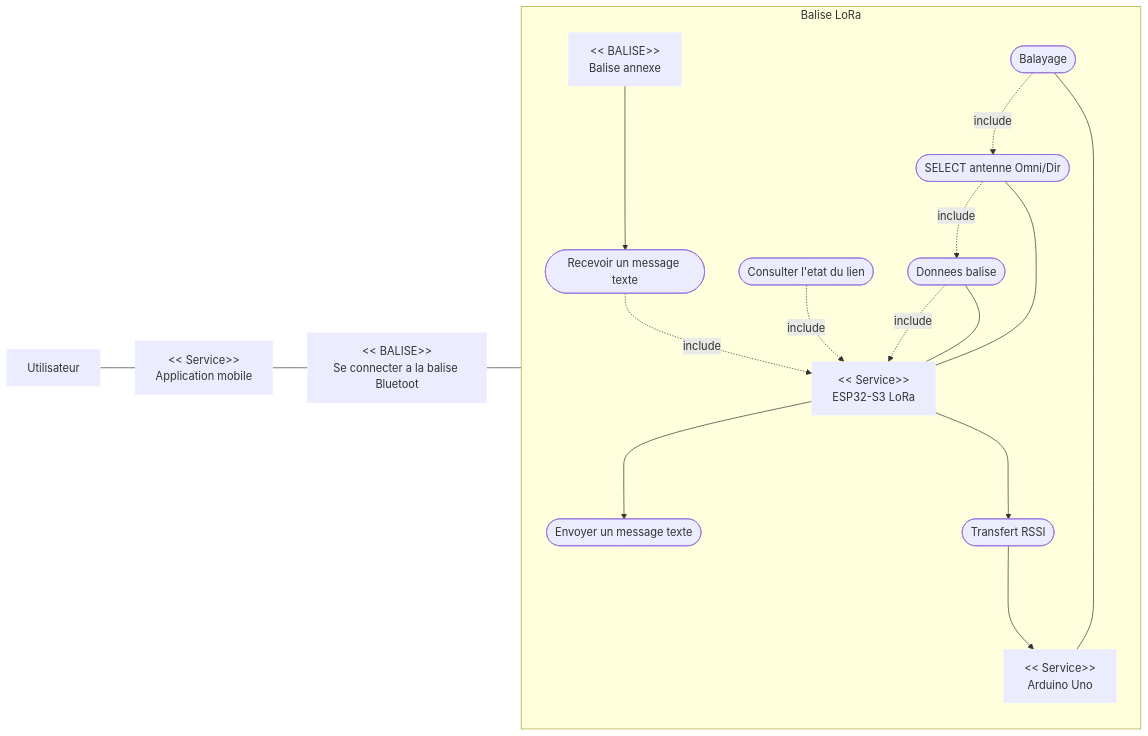
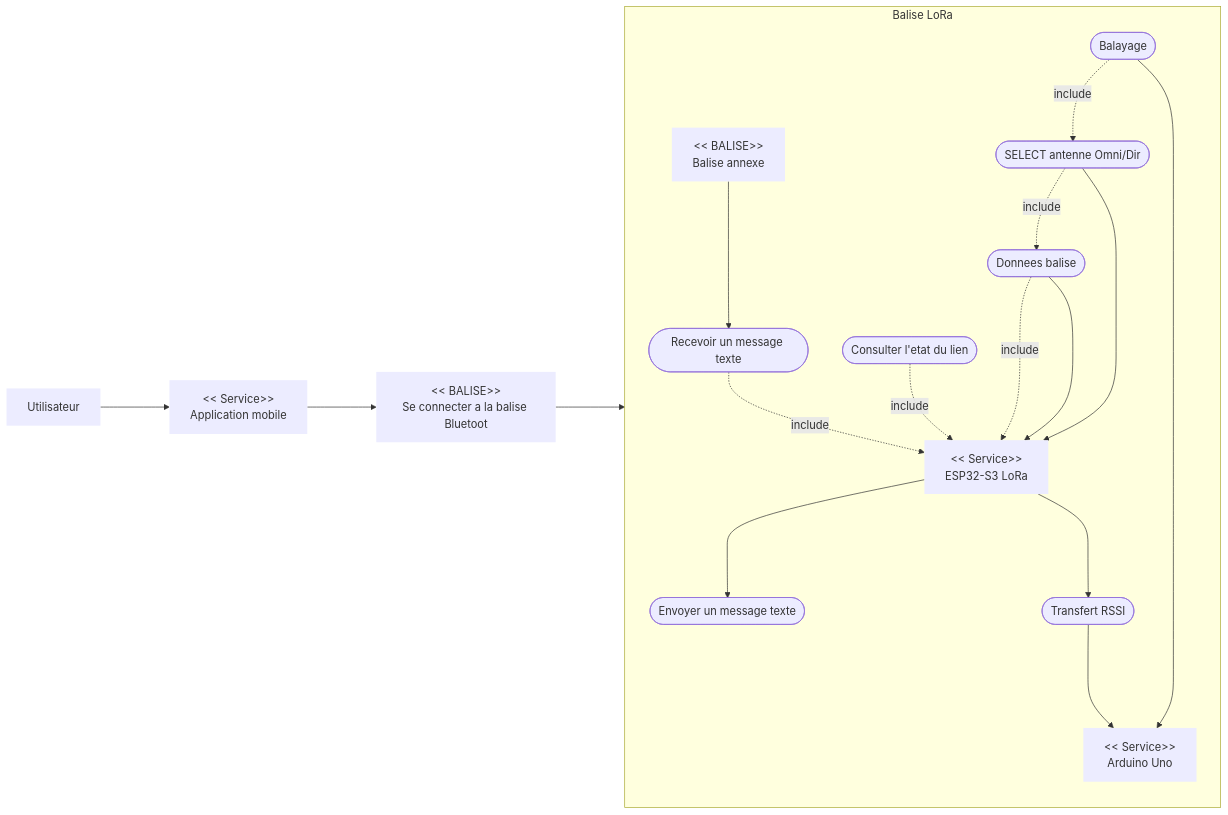
One commit to SHU445/Projet-LoRa-72h changed the first of 7 diagrams in Diagrammes_SysML_Projet_LoRa.md. Above: the diagram before and after it, drawn with Mermaid.

Commit message:
"CorrectUseCase_ADD_ARROWS"

````diff
--- a/Diagrammes_SysML_Projet_LoRa.md
+++ b/Diagrammes_SysML_Projet_LoRa.md
@@ -12,41 +12,41 @@
 ```mermaid
 flowchart LR
   rU["Utilisateur"]:::role
   rAPP["<< Service>>\nApplication mobile"]:::role
   rESP["<< Service>>\nESP32-S3 LoRa"]:::role
   rARD["<< Service>>\nArduino Uno"]:::role
   rCONN["<< BALISE>>\nSe connecter a la balise Bluetoot"]:::role
 
   rOTB["<< BALISE>>\nBalise annexe"]:::role
 
   subgraph S["Balise LoRa"]
     direction TB
     ucSend([Envoyer un message texte])
     ucReceive([Recevoir un message texte])
     ucStatus([Consulter l'etat du lien])
     ucData([Donnees balise])
     ucSelectAntenna([SELECT antenne Omni/Dir])
     ucScan([Balayage])
     ucRssi([Transfert RSSI])
 
     rESP ---> ucSend
     ucReceive -. include .-> rESP
     ucStatus -. include .-> rESP
     ucData -. include .-> rESP
     ucSelectAntenna -. include .-> ucData
     ucScan -. include .-> ucSelectAntenna
     rESP ---> ucRssi ---> rARD
     rOTB ---> ucReceive
   end
 
-  rU --- rAPP
-  rAPP --- rCONN
-  rCONN --- rESP
+  rU ---> rAPP
+  rAPP ---> rCONN
+  rCONN ---> rESP
 
-  ucData --- rESP
-  ucSelectAntenna --- rESP
+  ucData ---> rESP
+  ucSelectAntenna ---> rESP
 
-  ucScan --- rARD
+  ucScan ---> rARD
 
   classDef role stroke-width:0px;
 ```
````
